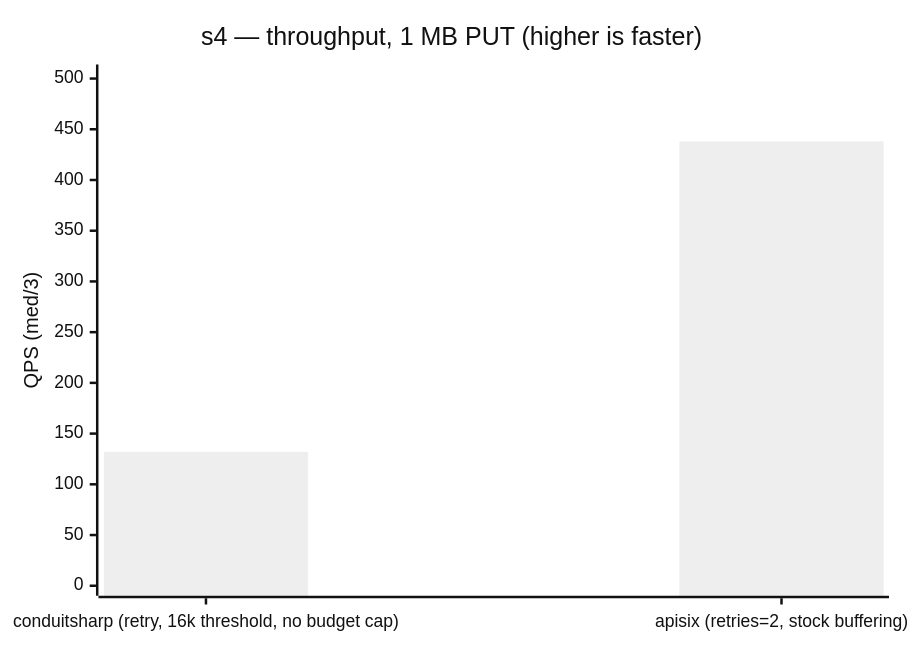
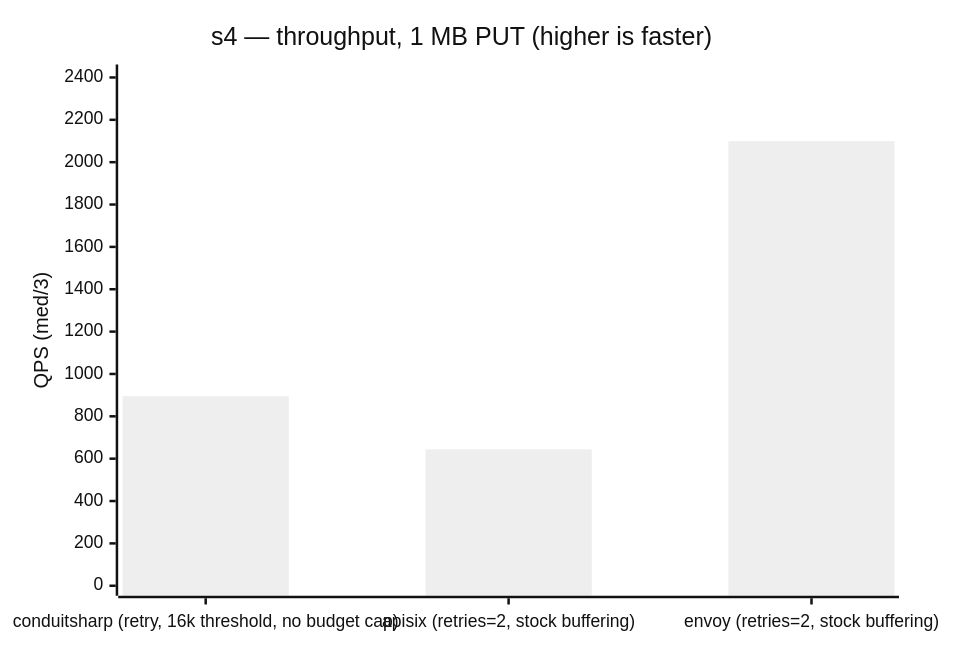
Before and after one commit to liqngliz/ConduitSharp: the first of 2 diagrams in benchmarks/load/README.md, drawn with Mermaid (neutral theme). The commit also changed other lines of this file and 1 other file, not shown here.

````diff
--- a/benchmarks/load/README.md
+++ b/benchmarks/load/README.md
@@ -119,7 +121,7 @@
 ```mermaid
 xychart-beta
     title "s4 — throughput, 1 MB PUT (higher is faster)"
-    x-axis ["conduitsharp (retry, 16k threshold, no budget cap)", "apisix (retries=2, stock buffering)"]
-    y-axis "QPS (med/3)" 0 --> 504
-    bar [132, 438]
+    x-axis ["conduitsharp (retry, 16k threshold, no budget cap)", "apisix (retries=2, stock buffering)", "envoy (retries=2, stock buffering)"]
+    y-axis "QPS (med/3)" 0 --> 2414
+    bar [895, 644, 2099]
 ```
````
